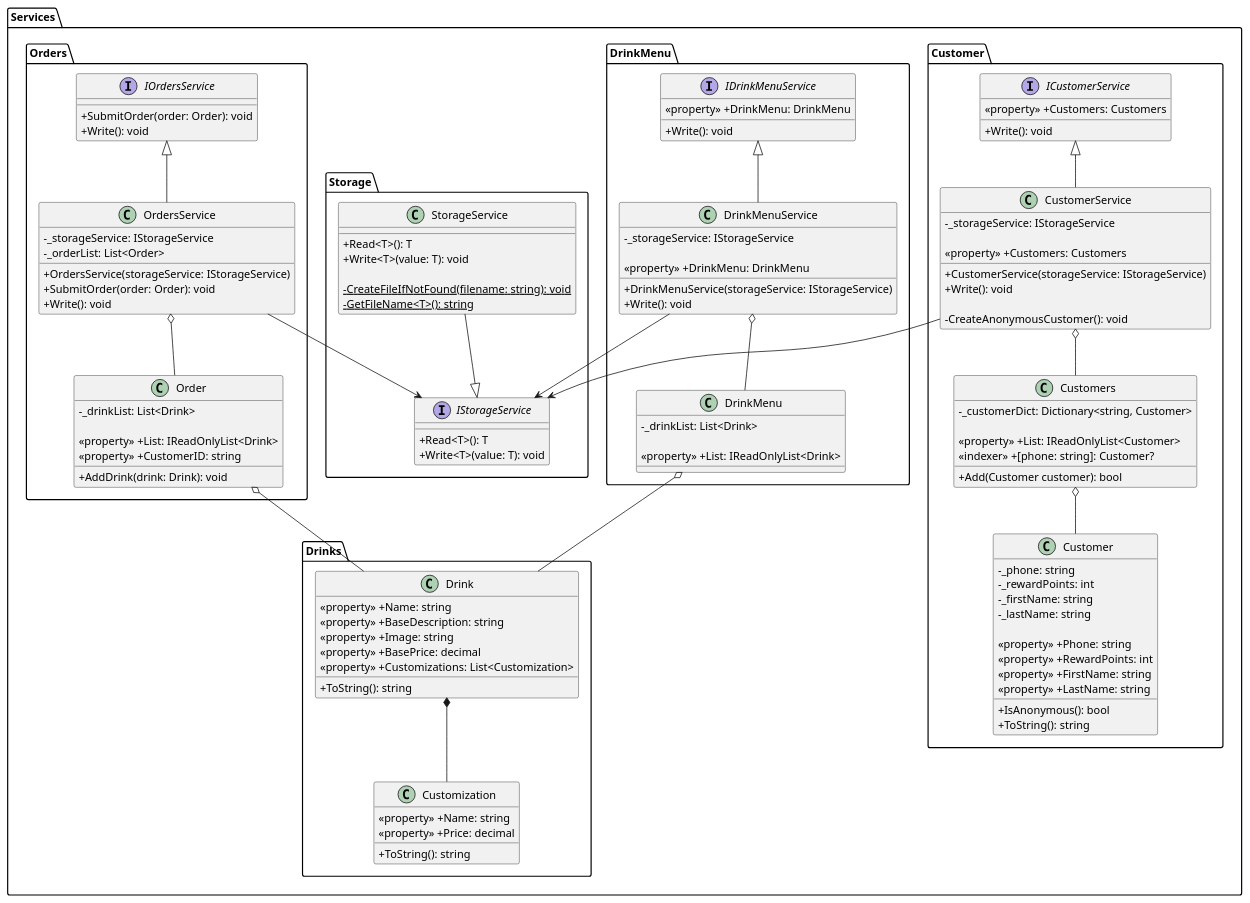
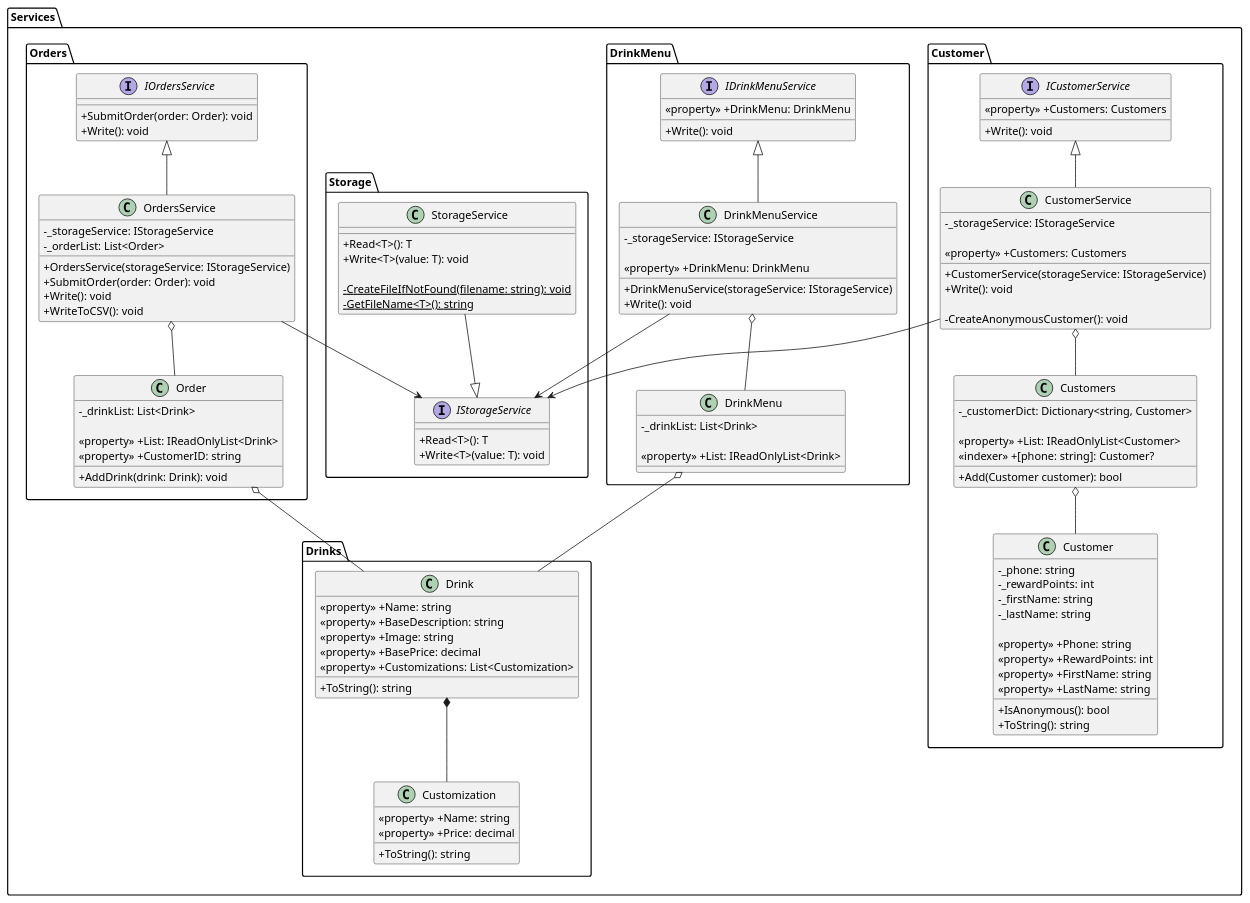
The diagram in Documentation/4_Technical_Design/plantuml/services.puml (kfajdsl/swe_3313_fall_2022_group_6), drawn with PlantUML before and after one commit. The commit also changed 1 other file, not shown here.

```diff
--- a/Documentation/4_Technical_Design/plantuml/services.puml
+++ b/Documentation/4_Technical_Design/plantuml/services.puml
@@ -1,155 +1,157 @@
 @startuml
 
 
 skinparam classAttributeIconSize 0 
 
 package Services {
 package Storage {
 
 interface IStorageService {
   +Read<T>(): T
   +Write<T>(value: T): void
 }
 
 class StorageService {
   +Read<T>(): T
   +Write<T>(value: T): void
   
   {static} -CreateFileIfNotFound(filename: string): void
   {static} -GetFileName<T>(): string
 }
 StorageService --|> IStorageService
 
 }
 
 package Customer {
 
 class Customer {
   -_phone: string
   -_rewardPoints: int
   -_firstName: string
   -_lastName: string
   
   <<property>> +Phone: string
   <<property>> +RewardPoints: int
   <<property>> +FirstName: string
   <<property>> +LastName: string
   
   +IsAnonymous(): bool
   +ToString(): string
 }
 
 class Customers {
   -_customerDict: Dictionary<string, Customer>
   
   <<property>> +List: IReadOnlyList<Customer>
   <<indexer>> +[phone: string]: Customer?
   
   +Add(Customer customer): bool
 }
 Customers o-- Customer
 
 interface ICustomerService {
   <<property>> +Customers: Customers
   +Write(): void
 }
 
 class CustomerService {
   -_storageService: IStorageService
   
   <<property>> +Customers: Customers
   
   +CustomerService(storageService: IStorageService)
   +Write(): void
   
   -CreateAnonymousCustomer(): void
 }
 ICustomerService <|-- CustomerService
 CustomerService o-- Customers
 CustomerService --> IStorageService
 
 }
 
 package Drinks {
 
 class Customization {
   <<property>> +Name: string
   <<property>> +Price: decimal
   
   +ToString(): string
 }
 
 class Drink {
   <<property>> +Name: string
   <<property>> +BaseDescription: string
   <<property>> +Image: string
   <<property>> +BasePrice: decimal
   <<property>> +Customizations: List<Customization>
   
   +ToString(): string
 }
 Drink *-- Customization
 
 }
 
 package DrinkMenu {
 
 class DrinkMenu {
   -_drinkList: List<Drink>
   
   <<property>> +List: IReadOnlyList<Drink>
 }
 DrinkMenu o-- Drink
 
 interface IDrinkMenuService {
   <<property>> +DrinkMenu: DrinkMenu
   
   +Write(): void
 }
 
 class DrinkMenuService {
   -_storageService: IStorageService
   
   <<property>> +DrinkMenu: DrinkMenu
   
   +DrinkMenuService(storageService: IStorageService)
   +Write(): void
 }
 IDrinkMenuService <|-- DrinkMenuService
 DrinkMenuService o-- DrinkMenu
 DrinkMenuService --> IStorageService
 
 }
 
 package Orders {
 
 class Order {
   -_drinkList: List<Drink>
 
   <<property>> +List: IReadOnlyList<Drink>
   <<property>> +CustomerID: string
   
   +AddDrink(drink: Drink): void
 }
 Order o-- Drink
 
 interface IOrdersService {
   +SubmitOrder(order: Order): void 
   +Write(): void
 }
 
 class OrdersService {
   -_storageService: IStorageService
   -_orderList: List<Order>
   
   +OrdersService(storageService: IStorageService)
   +SubmitOrder(order: Order): void
   +Write(): void
+  +WriteToCSV(): void
 }
 IOrdersService <|-- OrdersService
 OrdersService o-- Order
 OrdersService --> IStorageService
 
 }
 }
+
 @enduml
```
